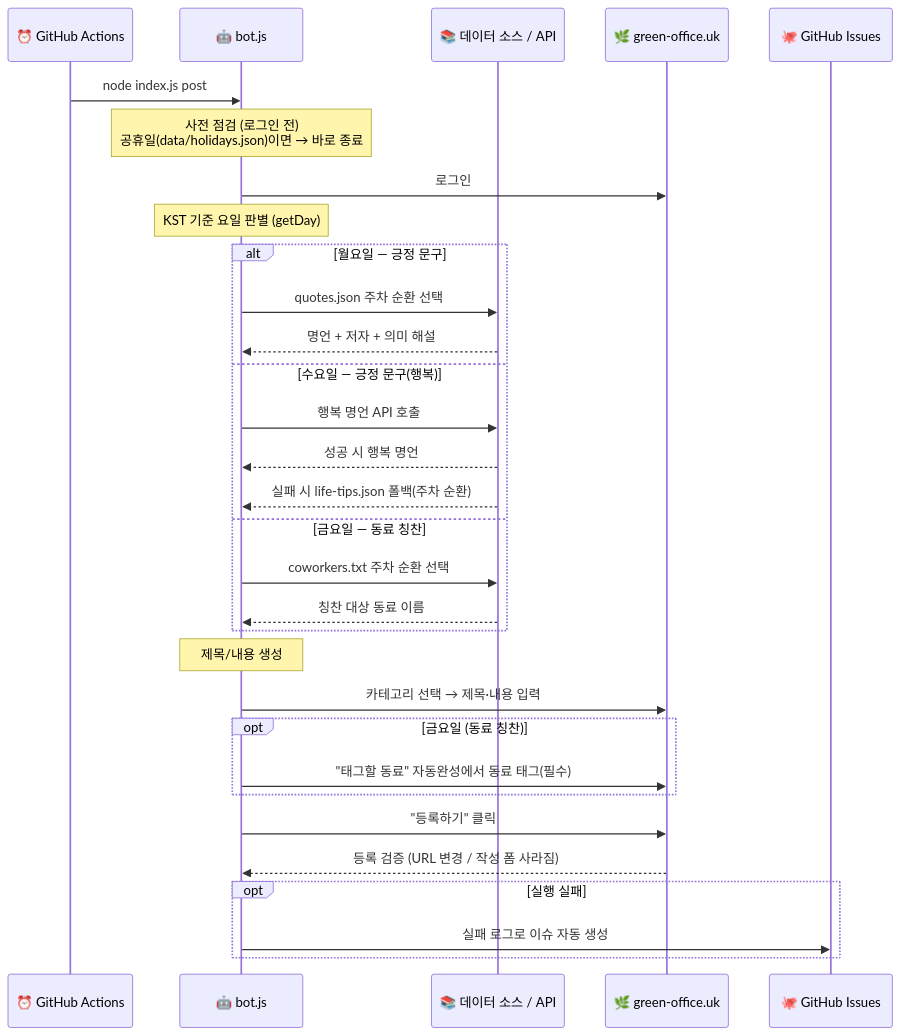
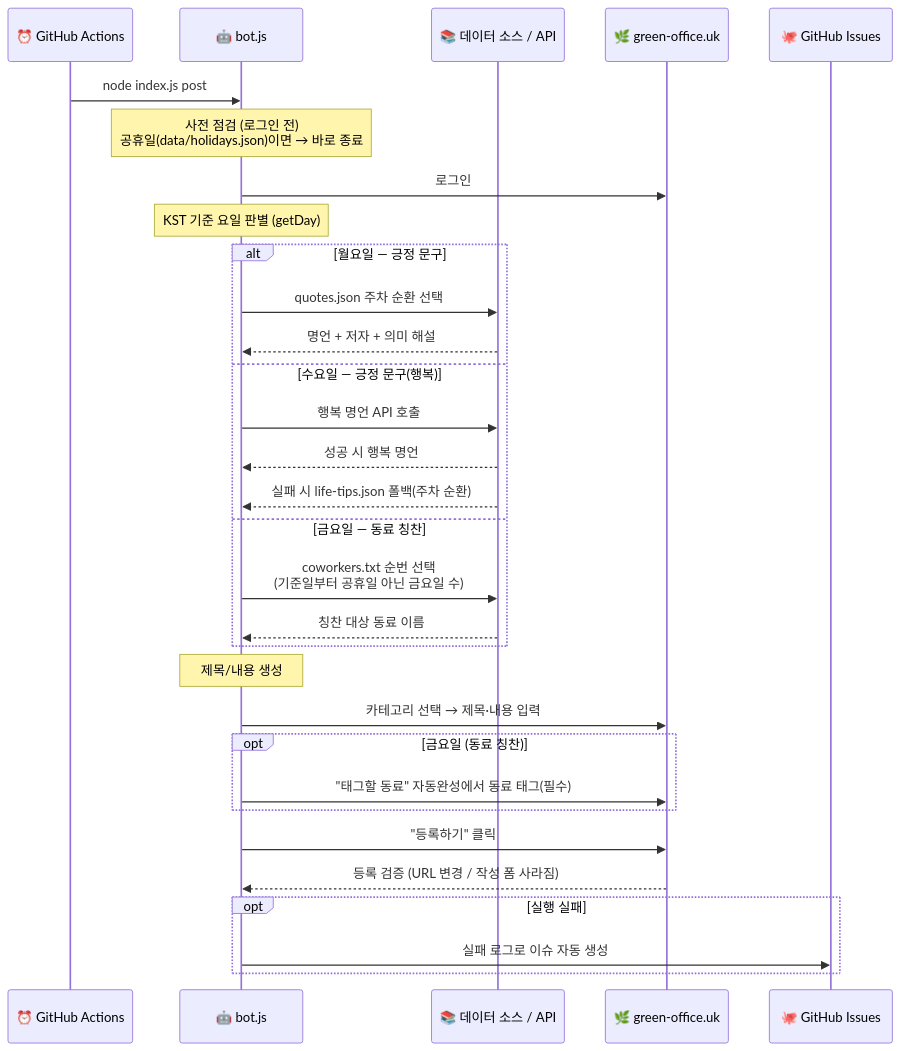
Before and after one commit to leemgs/green-office-agent: the third of 3 diagrams in README.md, drawn with Mermaid. The commit also changed other lines of this file and 3 other files, not shown here.

````diff
--- a/README.md
+++ b/README.md
@@ -178,34 +182,34 @@
 ```mermaid
 sequenceDiagram
     participant CRON as ⏰ GitHub Actions
     participant BOT as 🤖 bot.js
     participant DATA as 📚 데이터 소스 / API
     participant SITE as 🌿 green-office.uk
     participant GH as 🐙 GitHub Issues
 
     CRON->>BOT: node index.js post
     Note over BOT: 사전 점검 (로그인 전)<br/>공휴일(data/holidays.json)이면 → 바로 종료
     BOT->>SITE: 로그인
     Note over BOT: KST 기준 요일 판별 (getDay)
     alt 월요일 — 긍정 문구
         BOT->>DATA: quotes.json 주차 순환 선택
         DATA-->>BOT: 명언 + 저자 + 의미 해설
     else 수요일 — 긍정 문구(행복)
         BOT->>DATA: 행복 명언 API 호출
         DATA-->>BOT: 성공 시 행복 명언
         DATA-->>BOT: 실패 시 life-tips.json 폴백(주차 순환)
     else 금요일 — 동료 칭찬
-        BOT->>DATA: coworkers.txt 주차 순환 선택
+        BOT->>DATA: coworkers.txt 순번 선택<br/>(기준일부터 공휴일 아닌 금요일 수)
         DATA-->>BOT: 칭찬 대상 동료 이름
     end
     Note over BOT: 제목/내용 생성
     BOT->>SITE: 카테고리 선택 → 제목·내용 입력
     opt 금요일 (동료 칭찬)
         BOT->>SITE: "태그할 동료" 자동완성에서 동료 태그(필수)
     end
     BOT->>SITE: "등록하기" 클릭
     SITE-->>BOT: 등록 검증 (URL 변경 / 작성 폼 사라짐)
     opt 실행 실패
         BOT->>GH: 실패 로그로 이슈 자동 생성
     end
 ```
````
